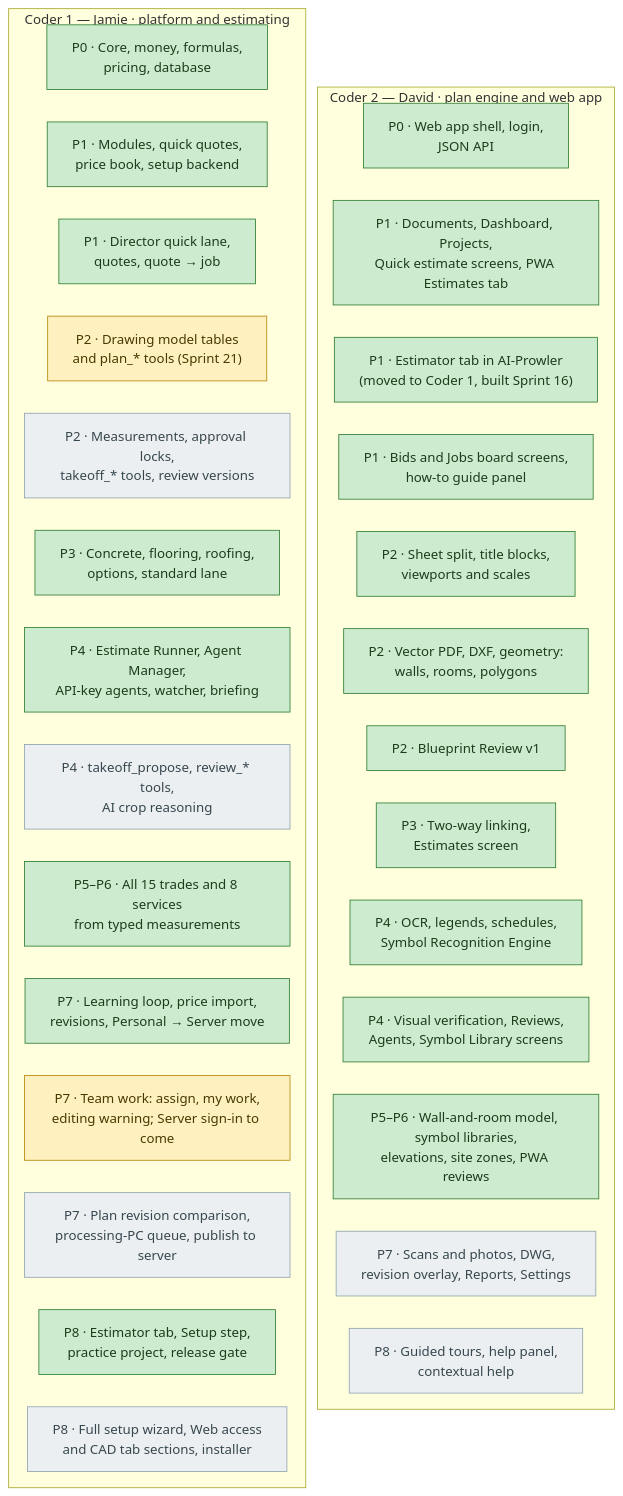
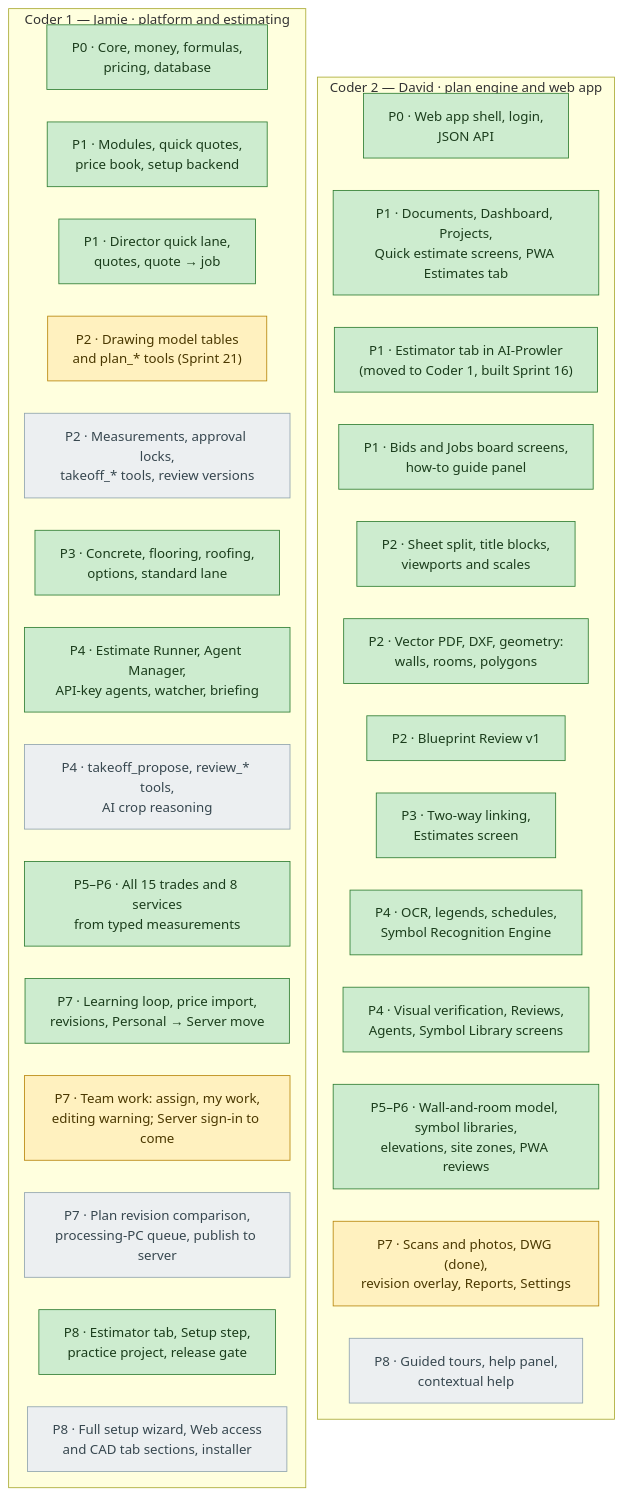
One commit to dvavro/AI-Prowler changed the second of 3 diagrams in docs/estimator/AI-Prowler Estimator Design Spec.md. Above: the diagram before and after it, drawn with Mermaid. The commit also changed other lines of this file and 18 other files, not shown here.

````diff
--- a/docs/estimator/AI-Prowler Estimator Design Spec.md
+++ b/docs/estimator/AI-Prowler Estimator Design Spec.md
@@ -1133,43 +1133,43 @@
 ```mermaid
 %%{init: {"flowchart": {"nodeSpacing": 18, "rankSpacing": 14, "wrappingWidth": 260}}}%%
 flowchart LR
     subgraph C1["Coder 1 — Jamie · platform and estimating"]
         direction TB
         A0["P0 · Core, money, formulas,<br/>pricing, database"]:::done
         A1["P1 · Modules, quick quotes,<br/>price book, setup backend"]:::done
         A2["P1 · Director quick lane,<br/>quotes, quote → job"]:::done
         A3["P2 · Drawing model tables<br/>and plan_* tools (Sprint 21)"]:::wip
         A4["P2 · Measurements, approval locks,<br/>takeoff_* tools, review versions"]:::todo
         A5["P3 · Concrete, flooring, roofing,<br/>options, standard lane"]:::done
         A6["P4 · Estimate Runner, Agent Manager,<br/>API-key agents, watcher, briefing"]:::done
         A7["P4 · takeoff_propose, review_* tools,<br/>AI crop reasoning"]:::todo
         A8["P5–P6 · All 15 trades and 8 services<br/>from typed measurements"]:::done
         A9["P7 · Learning loop, price import,<br/>revisions, Personal → Server move"]:::done
         A10["P7 · Team work: assign, my work,<br/>editing warning; Server sign-in to come"]:::wip
         A11["P7 · Plan revision comparison,<br/>processing-PC queue, publish to server"]:::todo
         A12["P8 · Estimator tab, Setup step,<br/>practice project, release gate"]:::done
         A13["P8 · Full setup wizard, Web access<br/>and CAD tab sections, installer"]:::todo
         A0 ~~~ A1 ~~~ A2 ~~~ A3 ~~~ A4 ~~~ A5 ~~~ A6 ~~~ A7 ~~~ A8 ~~~ A9 ~~~ A10 ~~~ A11 ~~~ A12 ~~~ A13
     end
     subgraph C2["Coder 2 — David · plan engine and web app"]
         direction TB
         B0["P0 · Web app shell, login,<br/>JSON API"]:::done
         B1["P1 · Documents, Dashboard, Projects,<br/>Quick estimate screens, PWA Estimates tab"]:::done
         B2["P1 · Estimator tab in AI-Prowler<br/>(moved to Coder 1, built Sprint 16)"]:::done
         B3["P1 · Bids and Jobs board screens,<br/>how-to guide panel"]:::done
         B4["P2 · Sheet split, title blocks,<br/>viewports and scales"]:::done
         B5["P2 · Vector PDF, DXF, geometry:<br/>walls, rooms, polygons"]:::done
         B6["P2 · Blueprint Review v1"]:::done
         B7["P3 · Two-way linking,<br/>Estimates screen"]:::done
         B8["P4 · OCR, legends, schedules,<br/>Symbol Recognition Engine"]:::done
         B9["P4 · Visual verification, Reviews,<br/>Agents, Symbol Library screens"]:::done
         B10["P5–P6 · Wall-and-room model, symbol libraries,<br/>elevations, site zones, PWA reviews"]:::done
-        B11["P7 · Scans and photos, DWG,<br/>revision overlay, Reports, Settings"]:::todo
+        B11["P7 · Scans and photos, DWG (done),<br/>revision overlay, Reports, Settings"]:::wip
         B12["P8 · Guided tours, help panel,<br/>contextual help"]:::todo
         B0 ~~~ B1 ~~~ B2 ~~~ B3 ~~~ B4 ~~~ B5 ~~~ B6 ~~~ B7 ~~~ B8 ~~~ B9 ~~~ B10 ~~~ B11 ~~~ B12
     end
     C1 ~~~ C2
     classDef done fill:#cdeccf,stroke:#2e7d32,color:#1b3d1c
     classDef wip fill:#fff1bf,stroke:#b8860b,color:#4a3800
     classDef todo fill:#eceff1,stroke:#90a4ae,color:#37474f
 ```
````
